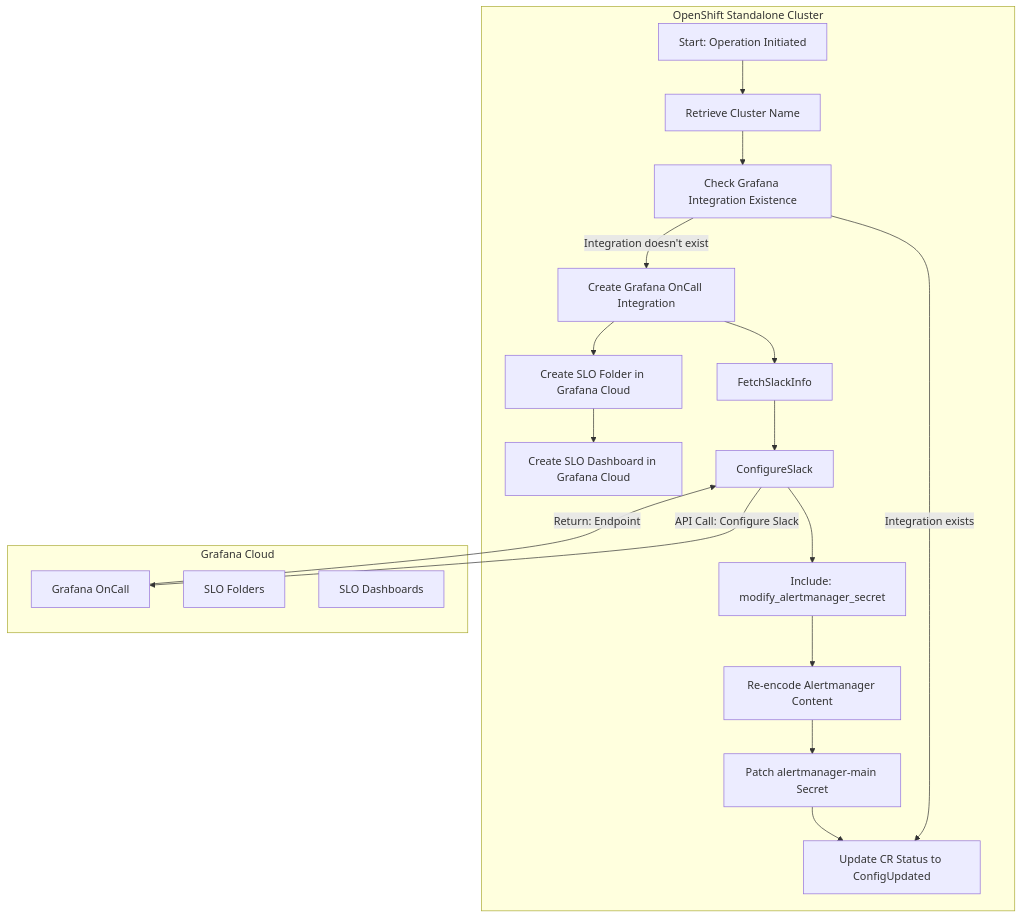
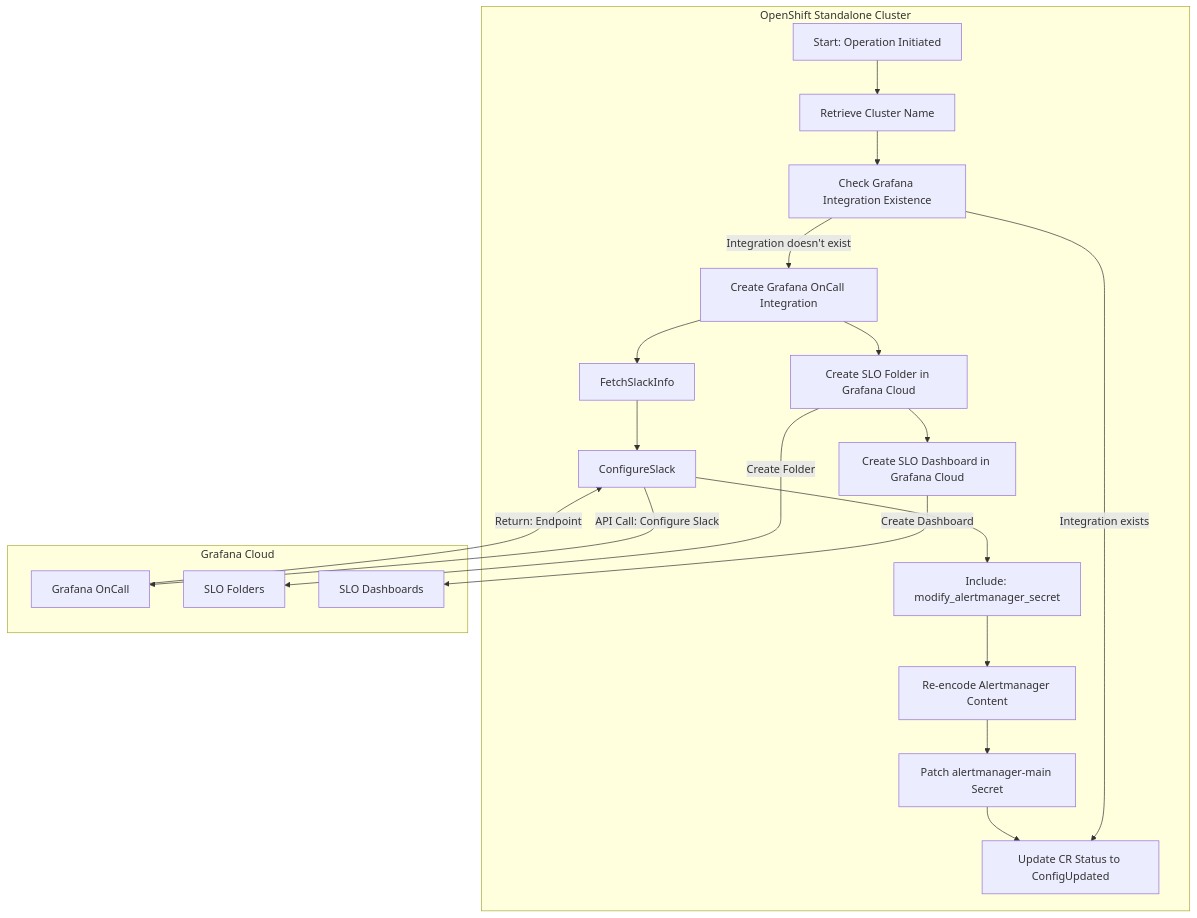
Before and after one commit to stakater/grafana-cloud-ansible-operator: the second of 2 diagrams in README.md, drawn with Mermaid.

````diff
--- a/README.md
+++ b/README.md
@@ -142,38 +142,40 @@
     ```mermaid
     graph TD
 
     subgraph "OpenShift Standalone Cluster"
         Init[Start: Operation Initiated]
         GetClusterName[Retrieve Cluster Name]
         CheckIntegration[Check Grafana Integration Existence]
         CreateIntegration[Create Grafana OnCall Integration]
         ModSecret[Include: modify_alertmanager_secret]
         Reencode[Re-encode Alertmanager Content]
         PatchSecret[Patch alertmanager-main Secret]
         UpdateCR[Update CR Status to ConfigUpdated]
         CreateSLOFolder[Create SLO Folder in Grafana Cloud]
         CreateSLODashboard[Create SLO Dashboard in Grafana Cloud]
 
         Init --> GetClusterName
         GetClusterName --> CheckIntegration
         CheckIntegration -->|Integration doesn't exist| CreateIntegration
         CheckIntegration -->|Integration exists| UpdateCR
         CreateIntegration --> FetchSlackInfo
         FetchSlackInfo --> ConfigureSlack
         ConfigureSlack --> ModSecret
         ModSecret --> Reencode
         Reencode --> PatchSecret
         PatchSecret --> UpdateCR
         CreateIntegration --> CreateSLOFolder
         CreateSLOFolder --> CreateSLODashboard
     end
 
     subgraph "Grafana Cloud"
         GO[Grafana OnCall]
         SLOFolders[SLO Folders]
         SLODashboards[SLO Dashboards]
     end
 
     ConfigureSlack -->|API Call: Configure Slack| GO
     GO -->|Return: Endpoint| ConfigureSlack
+    CreateSLOFolder --> |Create Folder| SLOFolders
+    CreateSLODashboard --> |Create Dashboard| SLODashboards
     ```
````
